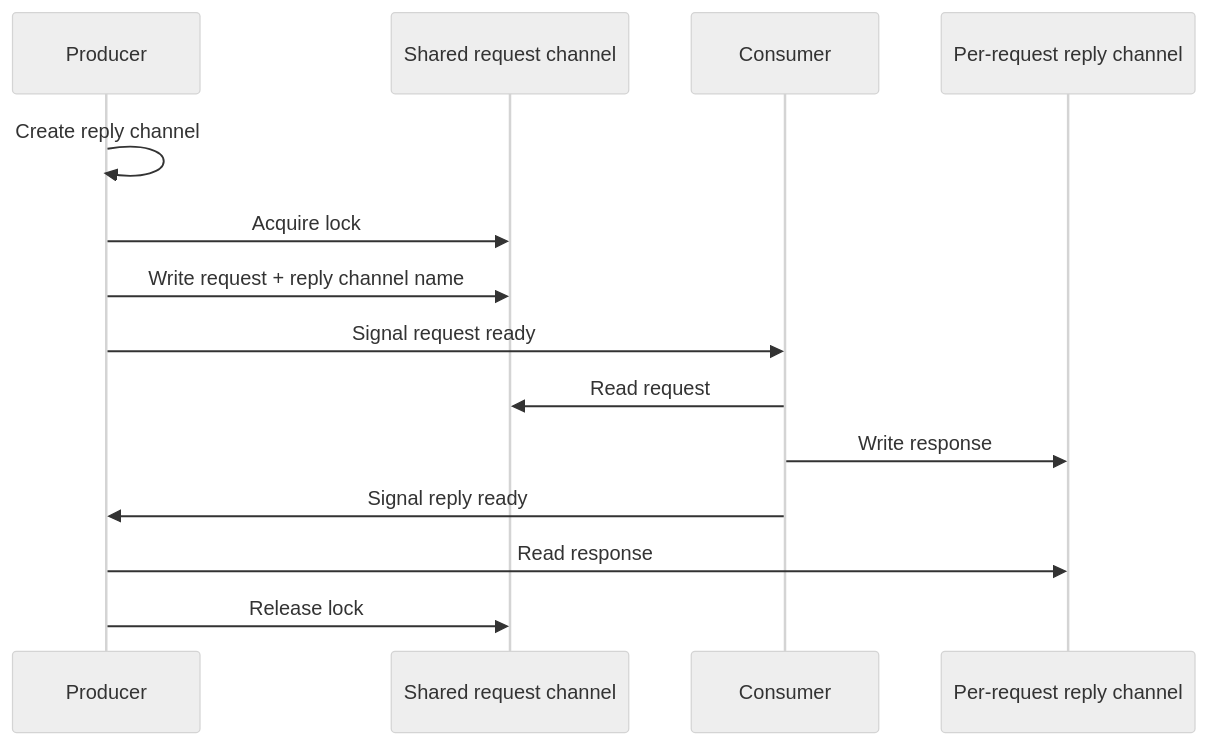
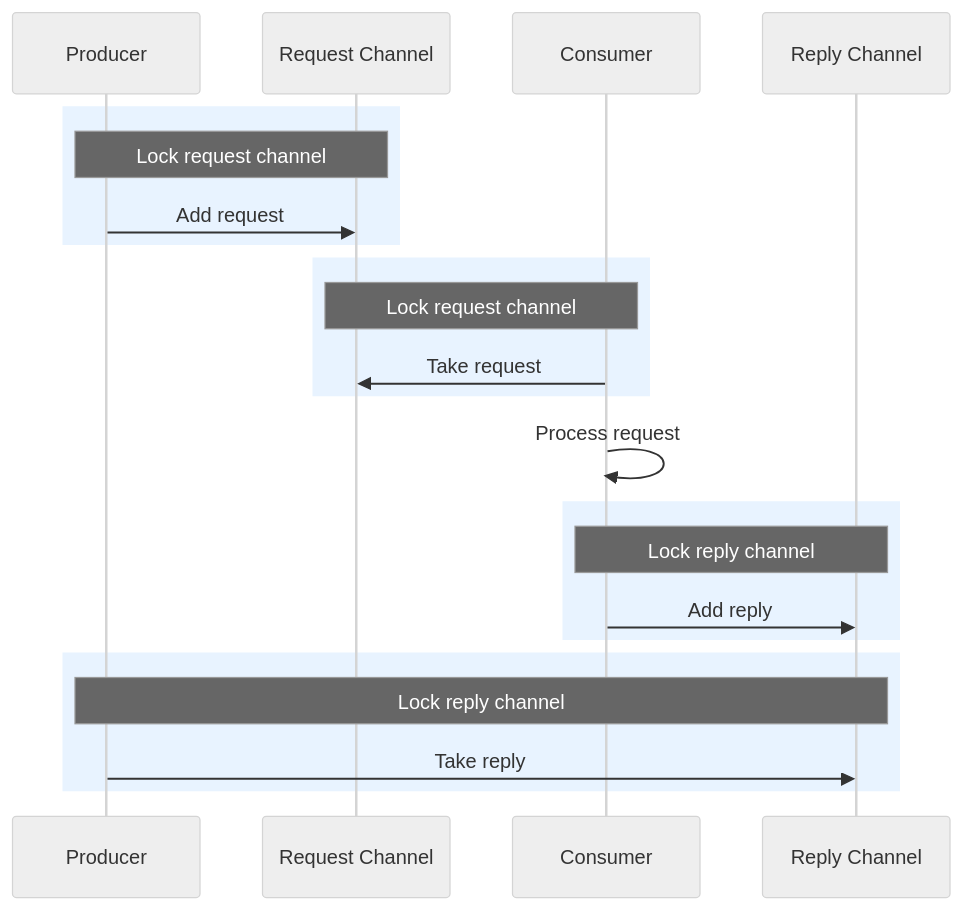
The fifth of 5 diagrams in docs/SharedMemory.md (benchiverton/MemoryMessaging), drawn with Mermaid (neutral theme) before and after one commit. The commit also changed other lines of this file, not shown here.

````diff
--- a/docs/SharedMemory.md
+++ b/docs/SharedMemory.md
@@ -68,17 +177,29 @@
 ```mermaid
 sequenceDiagram
-    participant P as Producer
-    participant M as Shared request channel
+    participant P1 as Producer
+    participant RQ as Request Channel
     participant C as Consumer
-    participant R as Per-request reply channel
+    participant RS as Reply Channel
 
-    P->>P: Create reply channel
-    P->>M: Acquire lock
-    P->>M: Write request + reply channel name
-    P->>C: Signal request ready
-    C->>M: Read request
-    C->>R: Write response
-    C->>P: Signal reply ready
-    P->>R: Read response
-    P->>M: Release lock
+    rect rgb(232, 243, 255)
+    Note over P1,RQ: Lock request channel
+    P1->>RQ: Add request
+    end
+
+    rect rgb(232, 243, 255)
+    Note over C,RQ: Lock request channel
+    C->>RQ: Take request
+    end
+
+    C->>C: Process request
+    
+    rect rgb(232, 243, 255)
+    Note over C,RS: Lock reply channel
+    C->>RS: Add reply
+    end
+    
+    rect rgb(232, 243, 255)
+    Note over P1,RS: Lock reply channel
+    P1->>RS: Take reply
+    end
 ```
````
